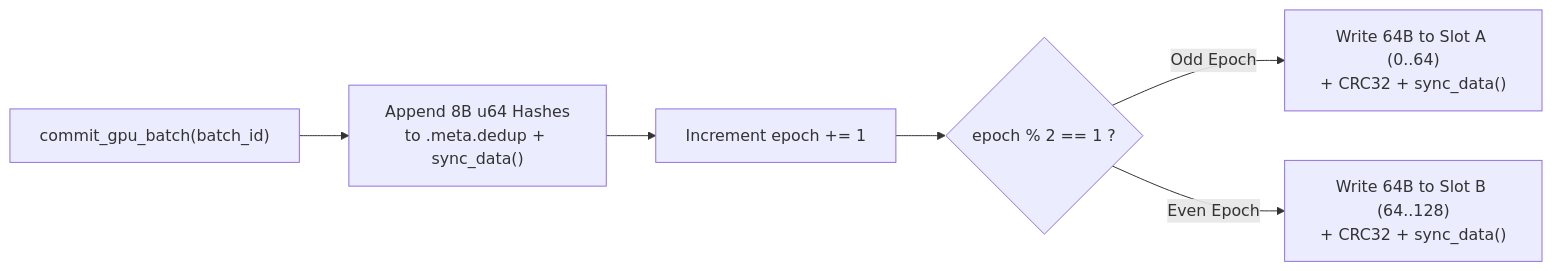
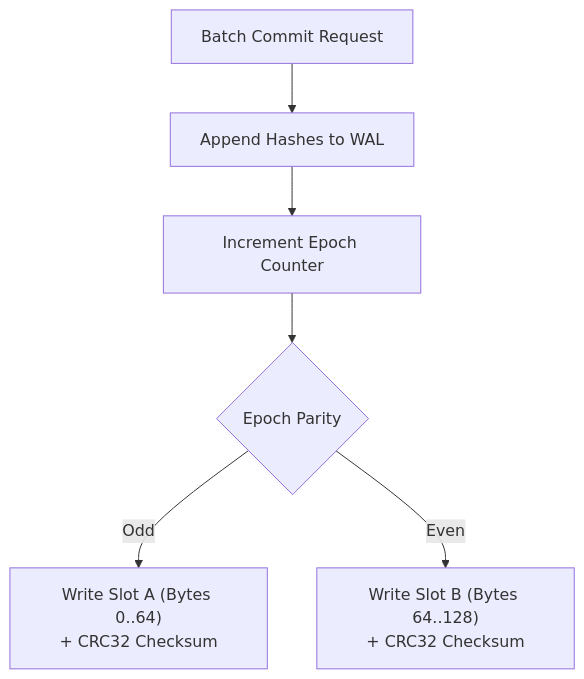
The diagram in docs/dataloader/coord_and_metadata/README.md (cloverx-id/luminamoon), drawn with Mermaid before and after one commit. The commit also changed 33 other files, not shown here.

Commit message:
change diagram style

````diff
--- a/docs/dataloader/coord_and_metadata/README.md
+++ b/docs/dataloader/coord_and_metadata/README.md
@@ -40,8 +40,8 @@
 ```mermaid
-flowchart LR
-    Commit["commit_gpu_batch(batch_id)"] --> WAL["Append 8B u64 Hashes\nto .meta.dedup + sync_data()"]
-    WAL --> Epoch["Increment epoch += 1"]
-    Epoch --> Parity{"epoch % 2 == 1 ?"}
-    Parity -->|"Odd Epoch"| SlotA["Write 64B to Slot A (0..64)\n+ CRC32 + sync_data()"]
-    Parity -->|"Even Epoch"| SlotB["Write 64B to Slot B (64..128)\n+ CRC32 + sync_data()"]
+flowchart TD
+    Commit["Batch Commit Request"] --> WAL["Append Hashes to WAL"]
+    WAL --> Epoch["Increment Epoch Counter"]
+    Epoch --> Parity{"Epoch Parity"}
+    Parity -->|"Odd"| SlotA["Write Slot A (Bytes 0..64)\n+ CRC32 Checksum"]
+    Parity -->|"Even"| SlotB["Write Slot B (Bytes 64..128)\n+ CRC32 Checksum"]
 ```
````
